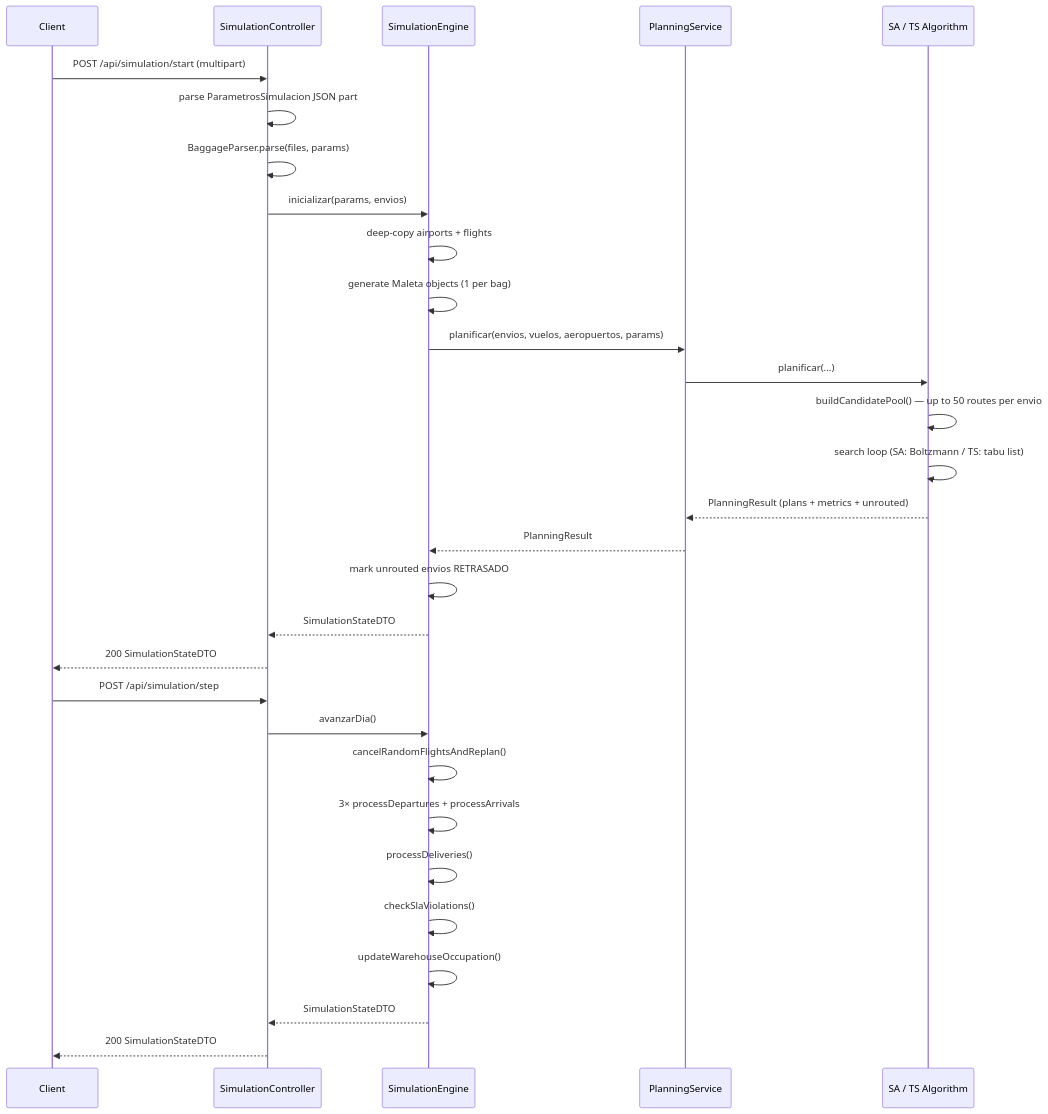
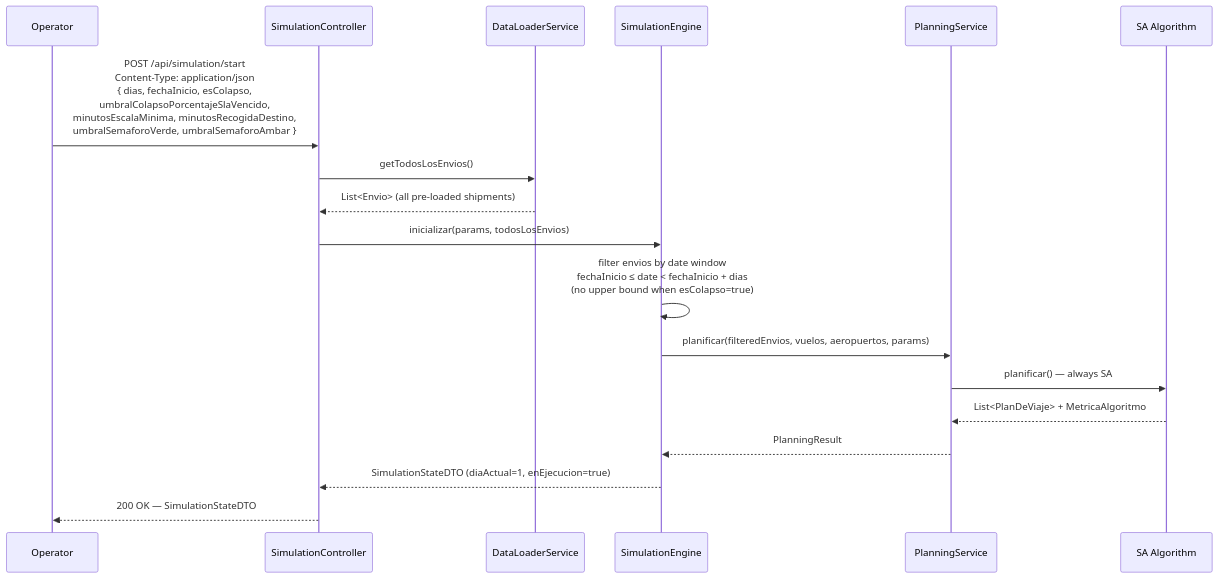
Before and after one commit to CascoOnce/luggage_manager: the second of 3 diagrams in README.md, drawn with Mermaid. The commit also changed other lines of this file and 14 other files, not shown here.

````diff
--- a/README.md
+++ b/README.md
@@ -160,34 +138,21 @@
 ```mermaid
 sequenceDiagram
-    participant Client
-    participant Controller as SimulationController
-    participant Engine as SimulationEngine
-    participant Planner as PlanningService
-    participant Algo as SA / TS Algorithm
+    participant Op as Operator
+    participant SC as SimulationController
+    participant DL as DataLoaderService
+    participant SE as SimulationEngine
+    participant PS as PlanningService
+    participant Algo as SA Algorithm
 
-    Client->>Controller: POST /api/simulation/start (multipart)
-    Controller->>Controller: parse ParametrosSimulacion JSON part
-    Controller->>Controller: BaggageParser.parse(files, params)
-    Controller->>Engine: inicializar(params, envios)
-    Engine->>Engine: deep-copy airports + flights
-    Engine->>Engine: generate Maleta objects (1 per bag)
-    Engine->>Planner: planificar(envios, vuelos, aeropuertos, params)
-    Planner->>Algo: planificar(...)
-    Algo->>Algo: buildCandidatePool() — up to 50 routes per envio
-    Algo->>Algo: search loop (SA: Boltzmann / TS: tabu list)
-    Algo-->>Planner: PlanningResult (plans + metrics + unrouted)
-    Planner-->>Engine: PlanningResult
-    Engine->>Engine: mark unrouted envios RETRASADO
-    Engine-->>Controller: SimulationStateDTO
-    Controller-->>Client: 200 SimulationStateDTO
-
-    Client->>Controller: POST /api/simulation/step
-    Controller->>Engine: avanzarDia()
-    Engine->>Engine: cancelRandomFlightsAndReplan()
-    Engine->>Engine: 3× processDepartures + processArrivals
-    Engine->>Engine: processDeliveries()
-    Engine->>Engine: checkSlaViolations()
-    Engine->>Engine: updateWarehouseOccupation()
-    Engine-->>Controller: SimulationStateDTO
-    Controller-->>Client: 200 SimulationStateDTO
+    Op->>SC: POST /api/simulation/start<br/>Content-Type: application/json<br/>{ dias, fechaInicio, esColapso,<br/>  umbralColapsoPorcentajeSlaVencido,<br/>  minutosEscalaMinima, minutosRecogidaDestino,<br/>  umbralSemaforoVerde, umbralSemaforoAmbar }
+    SC->>DL: getTodosLosEnvios()
+    DL-->>SC: List<Envio> (all pre-loaded shipments)
+    SC->>SE: inicializar(params, todosLosEnvios)
+    SE->>SE: filter envios by date window<br/>fechaInicio ≤ date < fechaInicio + dias<br/>(no upper bound when esColapso=true)
+    SE->>PS: planificar(filteredEnvios, vuelos, aeropuertos, params)
+    PS->>Algo: planificar() — always SA
+    Algo-->>PS: List<PlanDeViaje> + MetricaAlgoritmo
+    PS-->>SE: PlanningResult
+    SE-->>SC: SimulationStateDTO (diaActual=1, enEjecucion=true)
+    SC-->>Op: 200 OK — SimulationStateDTO
 ```
````
